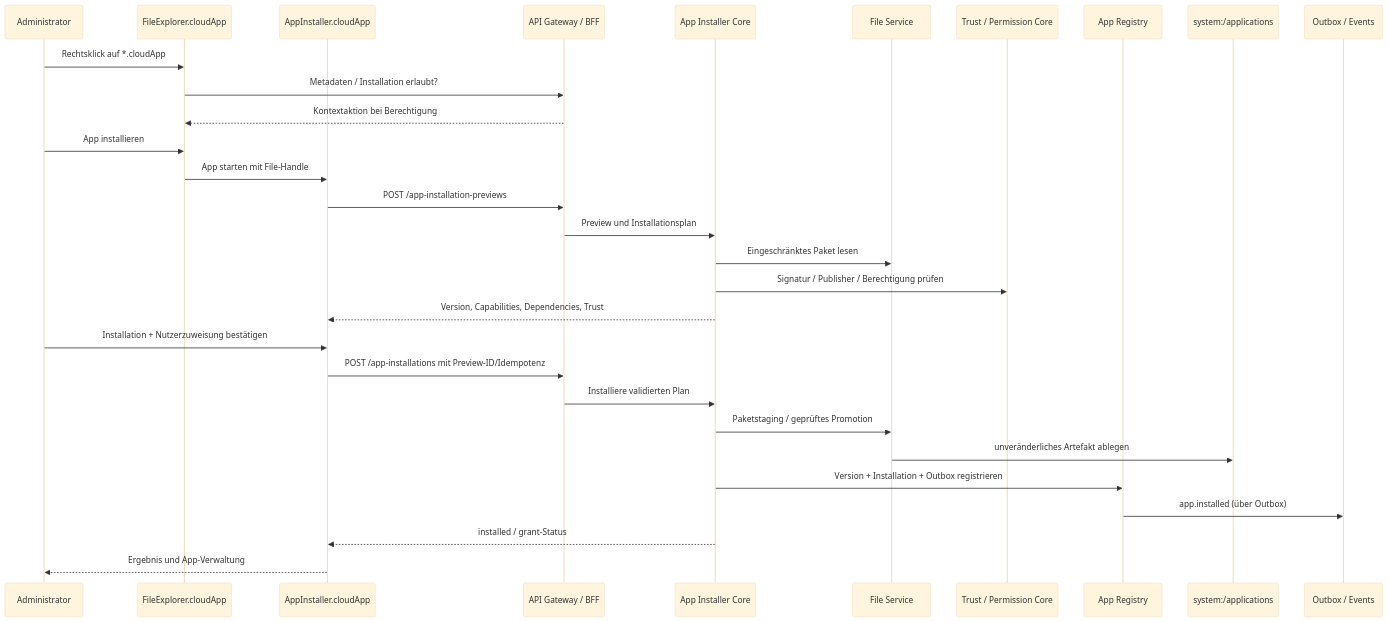
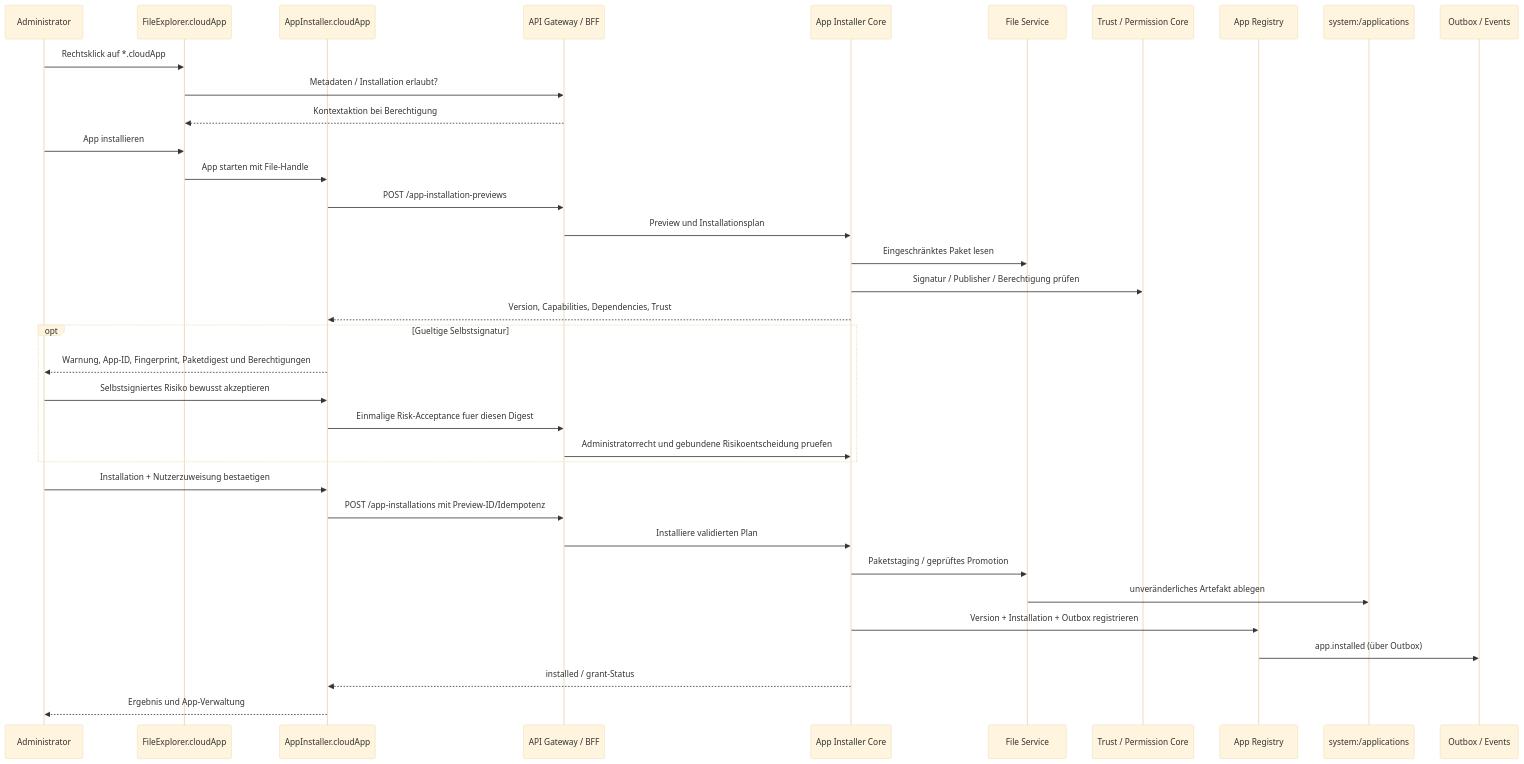
Before and after one commit to Drezael/cloudOS: the third of 4 diagrams in docs/APPLICATION_SYSTEM.md, drawn with Mermaid (base theme). The commit also changed other lines of this file and 4 other files, not shown here.

````diff
--- a/docs/APPLICATION_SYSTEM.md
+++ b/docs/APPLICATION_SYSTEM.md
@@ -357,32 +363,38 @@
 ```mermaid
 sequenceDiagram
     participant A as Administrator
     participant E as FileExplorer.cloudApp
     participant I as AppInstaller.cloudApp
     participant G as API Gateway / BFF
     participant P as App Installer Core
     participant F as File Service
     participant T as Trust / Permission Core
     participant R as App Registry
     participant S as system:/applications
     participant N as Outbox / Events
     A->>E: Rechtsklick auf *.cloudApp
     E->>G: Metadaten / Installation erlaubt?
     G-->>E: Kontextaktion bei Berechtigung
     A->>E: App installieren
     E->>I: App starten mit File-Handle
     I->>G: POST /app-installation-previews
     G->>P: Preview und Installationsplan
     P->>F: Eingeschränktes Paket lesen
     P->>T: Signatur / Publisher / Berechtigung prüfen
     P-->>I: Version, Capabilities, Dependencies, Trust
-    A->>I: Installation + Nutzerzuweisung bestätigen
+    opt Gueltige Selbstsignatur
+        I-->>A: Warnung, App-ID, Fingerprint, Paketdigest und Berechtigungen
+        A->>I: Selbstsigniertes Risiko bewusst akzeptieren
+        I->>G: Einmalige Risk-Acceptance fuer diesen Digest
+        G->>P: Administratorrecht und gebundene Risikoentscheidung pruefen
+    end
+    A->>I: Installation + Nutzerzuweisung bestaetigen
     I->>G: POST /app-installations mit Preview-ID/Idempotenz
     G->>P: Installiere validierten Plan
     P->>F: Paketstaging / geprüftes Promotion
     F->>S: unveränderliches Artefakt ablegen
     P->>R: Version + Installation + Outbox registrieren
     R->>N: app.installed (über Outbox)
     P-->>I: installed / grant-Status
     I-->>A: Ergebnis und App-Verwaltung
 ```
````
